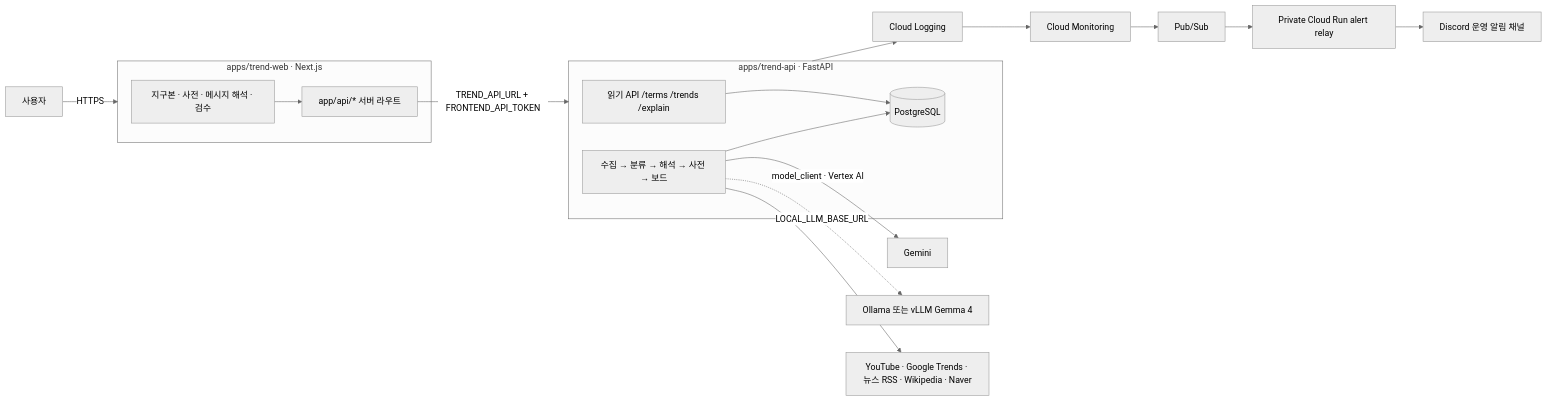
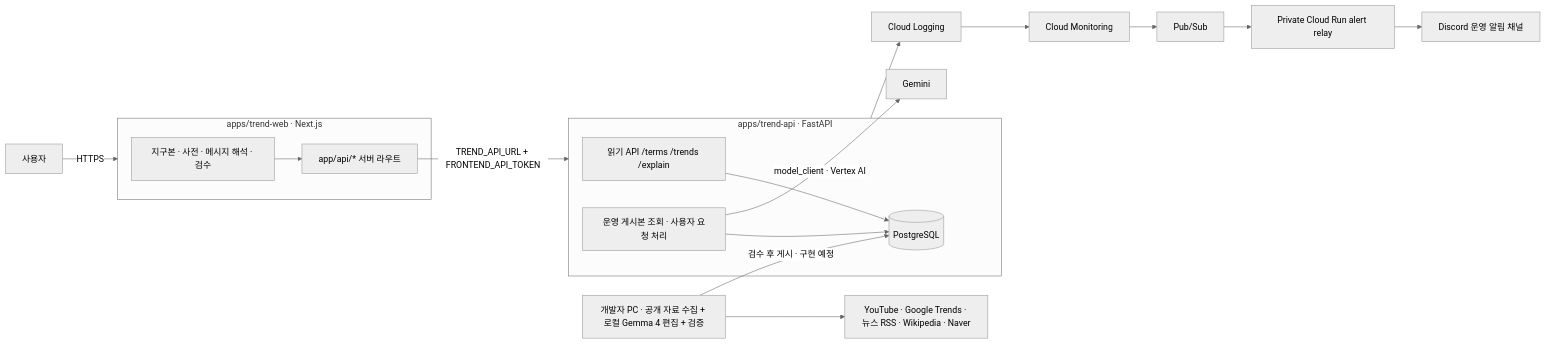
The first of 3 diagrams in docs/운영/시스템-아키텍처.md (Sihyeon-Ji/trend-interpreter), drawn with Mermaid (neutral theme) before and after one commit. The commit also changed other lines of this file and 15 other files, not shown here.

````diff
--- a/docs/운영/시스템-아키텍처.md
+++ b/docs/운영/시스템-아키텍처.md
@@ -18,29 +18,29 @@
 ```mermaid
 flowchart LR
   User[사용자] -->|HTTPS| Web
 
   subgraph Web[apps/trend-web · Next.js]
     Pages[지구본 · 사전 · 메시지 해석 · 검수]
     Routes[app/api/* 서버 라우트]
     Pages --> Routes
   end
 
   Routes -->|TREND_API_URL + FRONTEND_API_TOKEN| API
 
   subgraph API[apps/trend-api · FastAPI]
     Read[읽기 API /terms /trends /explain]
-    Pipeline[수집 → 분류 → 해석 → 사전 → 보드]
+    Pipeline[운영 게시본 조회 · 사용자 요청 처리]
     DB[(PostgreSQL)]
     Read --> DB
     Pipeline --> DB
   end
 
   Pipeline -->|model_client · Vertex AI| Gemini[Gemini]
-  Pipeline -.->|LOCAL_LLM_BASE_URL| Local[Ollama 또는 vLLM Gemma 4]
-  Pipeline --> Sources[YouTube · Google Trends · 뉴스 RSS · Wikipedia · Naver]
+  Local[개발자 PC · 공개 자료 수집 + 로컬 Gemma 4 편집 + 검증] -->|검수 후 게시 · 구현 예정| DB
+  Local --> Sources[YouTube · Google Trends · 뉴스 RSS · Wikipedia · Naver]
   API --> Logs[Cloud Logging]
   Logs --> Monitoring[Cloud Monitoring]
   Monitoring --> PubSub[Pub/Sub]
   PubSub --> Relay[Private Cloud Run alert relay]
   Relay --> Discord[Discord 운영 알림 채널]
 ```
````
